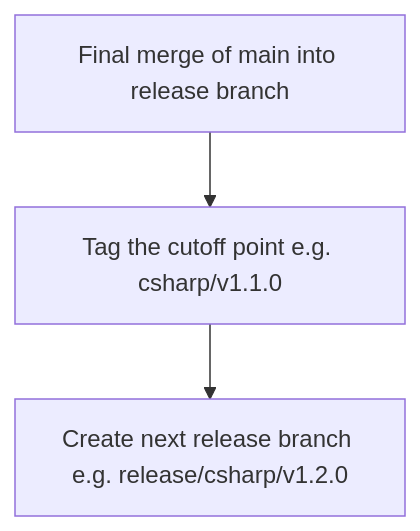
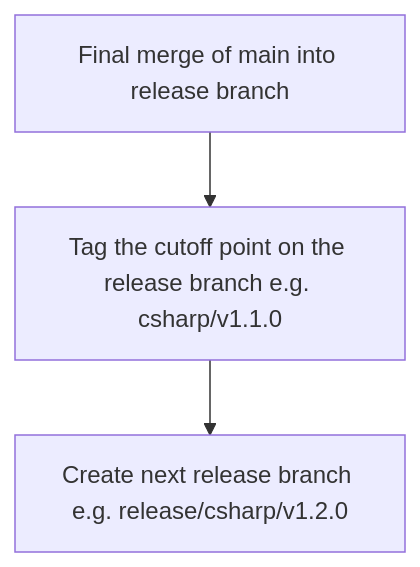
The second of 3 diagrams in csharp/RELEASE_PROCESS.md (adbc-drivers/databricks), drawn with Mermaid before and after one commit.

Commit message:
docs(csharp): clarify tag is placed on the release branch

````diff
--- a/csharp/RELEASE_PROCESS.md
+++ b/csharp/RELEASE_PROCESS.md
@@ -48,5 +48,5 @@
 ```mermaid
 flowchart TD
-    A[Final merge of main into release branch] --> B[Tag the cutoff point e.g. csharp/v1.1.0]
+    A[Final merge of main into release branch] --> B[Tag the cutoff point on the release branch e.g. csharp/v1.1.0]
     B --> C[Create next release branch e.g. release/csharp/v1.2.0]
 ```
````
